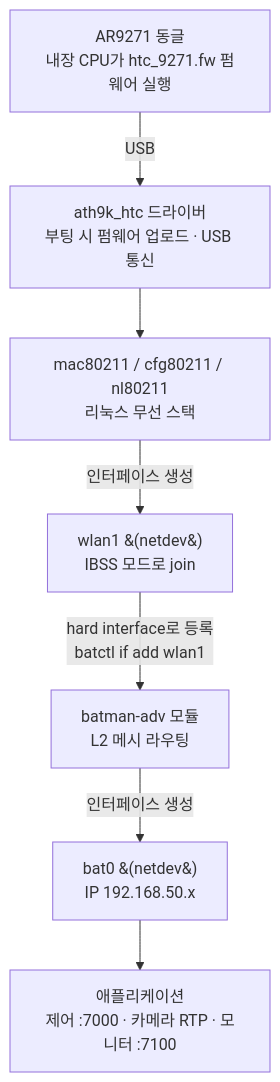
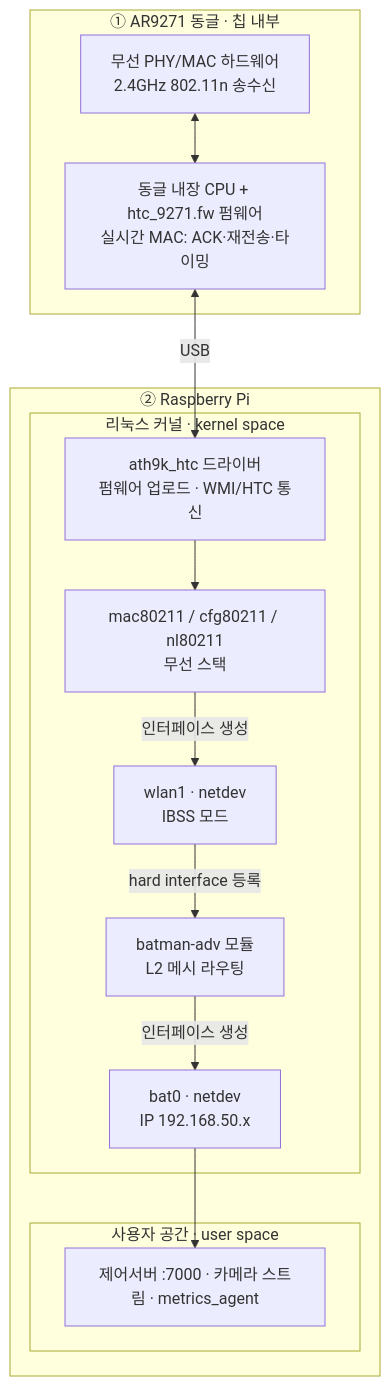
The first of 2 diagrams in docs/architecture.md (choialsgh08-hash/HANSEL_MESH), drawn with Mermaid before and after one commit. The commit also changed other lines of this file, not shown here.

Commit message:
architecture: 물리 박스/실행주체 기준으로 스택 재구성
- 두 물리 박스로 subgraph 분리: ① AR9271 칩 내부, ② Raspberry Pi
- 칩 안: 무선 하드웨어 + 내장 CPU 펌웨어(실시간 MAC)
- 파이 안: kernel space(드라이버~batman, netdev) / user space(앱) 구분
- 표에 "물리 박스 / 계층 / 실행 주체 / 역할" 열로 어디서 무엇이 도는지 명시
- USB는 두 박스 사이 연결로

````diff
--- a/docs/architecture.md
+++ b/docs/architecture.md
@@ -11,17 +9,28 @@
 ```mermaid
 flowchart TD
-    HW["AR9271 동글<br/>내장 CPU가 htc_9271.fw 펌웨어 실행"]
-    DRV["ath9k_htc 드라이버<br/>부팅 시 펌웨어 업로드 · USB 통신"]
-    MAC["mac80211 / cfg80211 / nl80211<br/>리눅스 무선 스택"]
-    WLAN["wlan1 &#40;netdev&#41;<br/>IBSS 모드로 join"]
-    BAT["batman-adv 모듈<br/>L2 메시 라우팅"]
-    BAT0["bat0 &#40;netdev&#41;<br/>IP 192.168.50.x"]
-    APP["애플리케이션<br/>제어 :7000 · 카메라 RTP · 모니터 :7100"]
+    subgraph CHIP["① AR9271 동글 · 칩 내부"]
+        RADIO["무선 PHY/MAC 하드웨어<br/>2.4GHz 802.11n 송수신"]
+        FW["동글 내장 CPU + htc_9271.fw 펌웨어<br/>실시간 MAC: ACK·재전송·타이밍"]
+        RADIO <--> FW
+    end
 
-    HW -->|USB| DRV
-    DRV --> MAC
-    MAC -->|인터페이스 생성| WLAN
-    WLAN -->|hard interface로 등록<br/>batctl if add wlan1| BAT
-    BAT -->|인터페이스 생성| BAT0
-    BAT0 --> APP
+    subgraph PI["② Raspberry Pi"]
+        subgraph KSPACE["리눅스 커널 · kernel space"]
+            DRV["ath9k_htc 드라이버<br/>펌웨어 업로드 · WMI/HTC 통신"]
+            MAC["mac80211 / cfg80211 / nl80211<br/>무선 스택"]
+            WLAN["wlan1 · netdev<br/>IBSS 모드"]
+            BATMOD["batman-adv 모듈<br/>L2 메시 라우팅"]
+            BAT0["bat0 · netdev<br/>IP 192.168.50.x"]
+            DRV --> MAC
+            MAC -->|인터페이스 생성| WLAN
+            WLAN -->|hard interface 등록| BATMOD
+            BATMOD -->|인터페이스 생성| BAT0
+        end
+        subgraph USPACE["사용자 공간 · user space"]
+            APP["제어서버 :7000 · 카메라 스트림 · metrics_agent"]
+        end
+        BAT0 --> APP
+    end
+
+    FW <-->|USB| DRV
 ```
````
